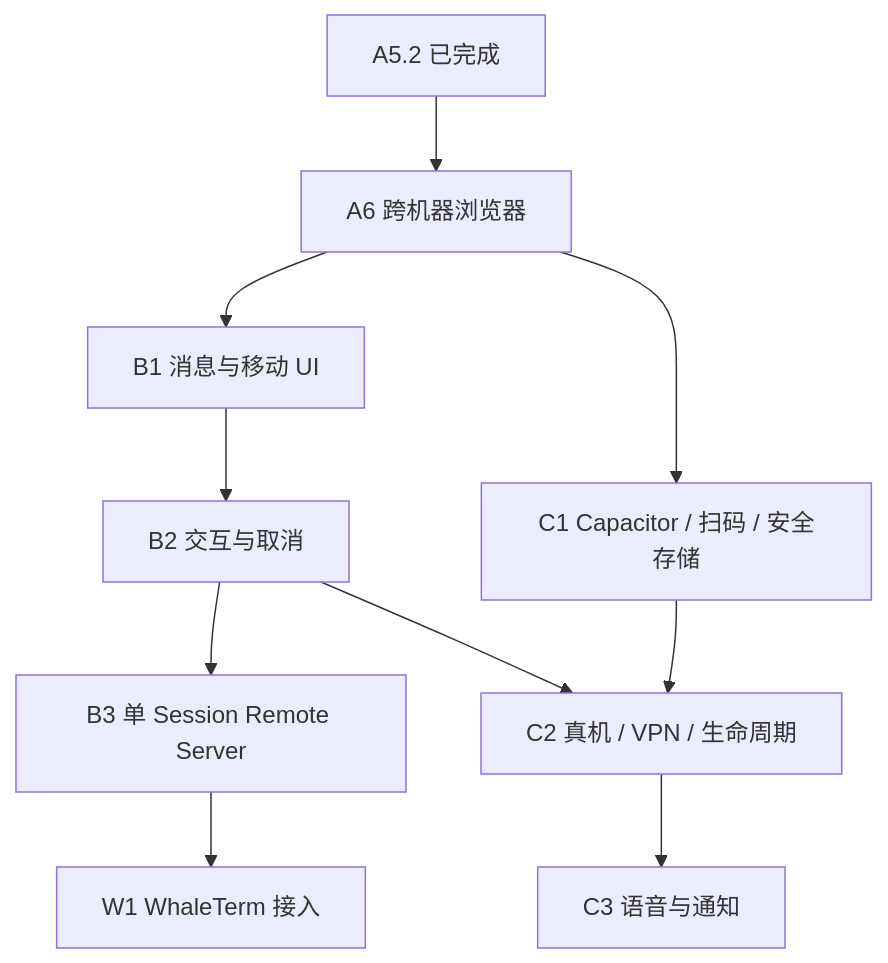
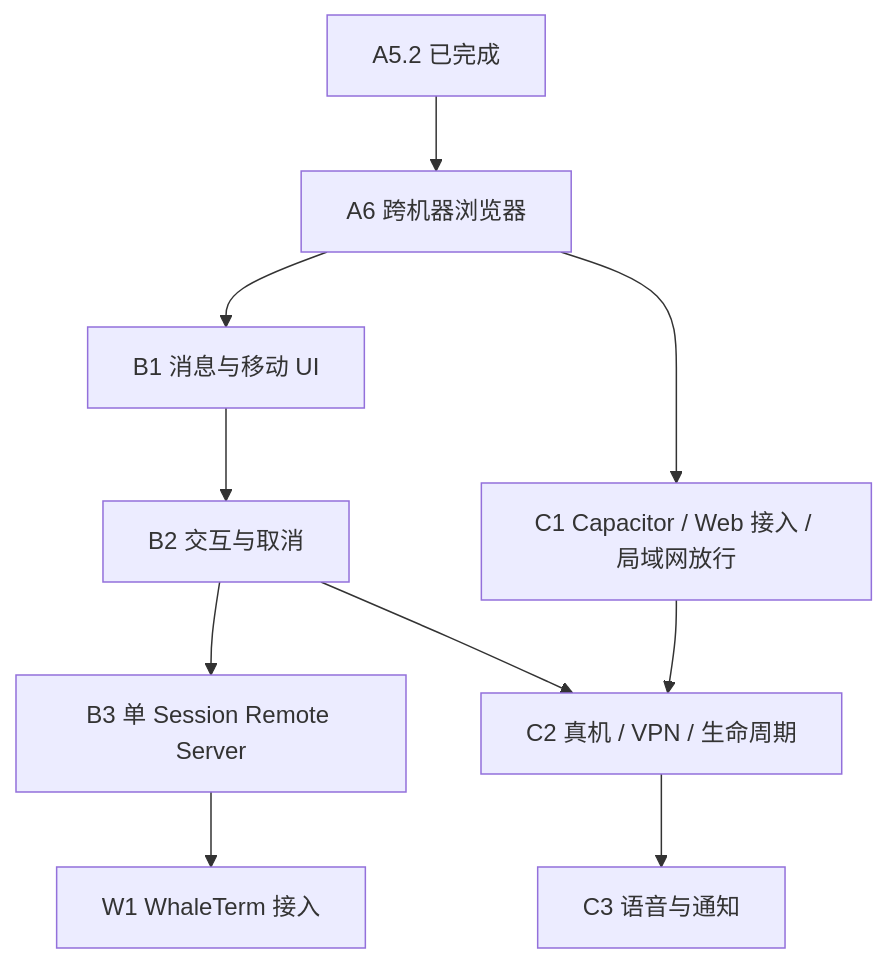
One commit to tea4go/claude-mobile-remote changed the diagram in docs/specs/2026-08-25-simplified-roadmap-and-session-remote-design.md. Above: the diagram before and after it, drawn with Mermaid. The commit also changed other lines of this file and 8 other files, not shown here.

````diff
--- a/docs/specs/2026-08-25-simplified-roadmap-and-session-remote-design.md
+++ b/docs/specs/2026-08-25-simplified-roadmap-and-session-remote-design.md
@@ -166,12 +166,12 @@
 ```mermaid
 flowchart TD
     A52["A5.2 已完成"] --> A6["A6 跨机器浏览器"]
     A6 --> B1["B1 消息与移动 UI"]
     B1 --> B2["B2 交互与取消"]
     B2 --> B3["B3 单 Session Remote Server"]
-    A6 --> C1["C1 Capacitor / 扫码 / 安全存储"]
+    A6 --> C1["C1 Capacitor / Web 接入 / 局域网放行"]
     B2 --> C2["C2 真机 / VPN / 生命周期"]
     C1 --> C2
     B3 --> W1["W1 WhaleTerm 接入"]
     C2 --> C3["C3 语音与通知"]
 ```
````
